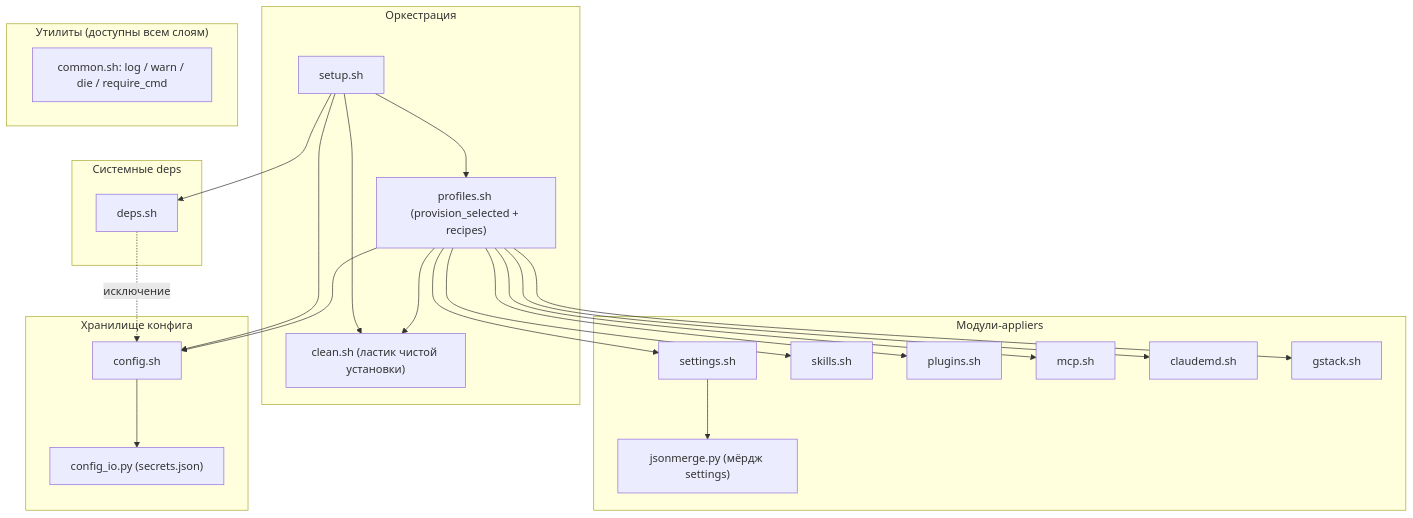
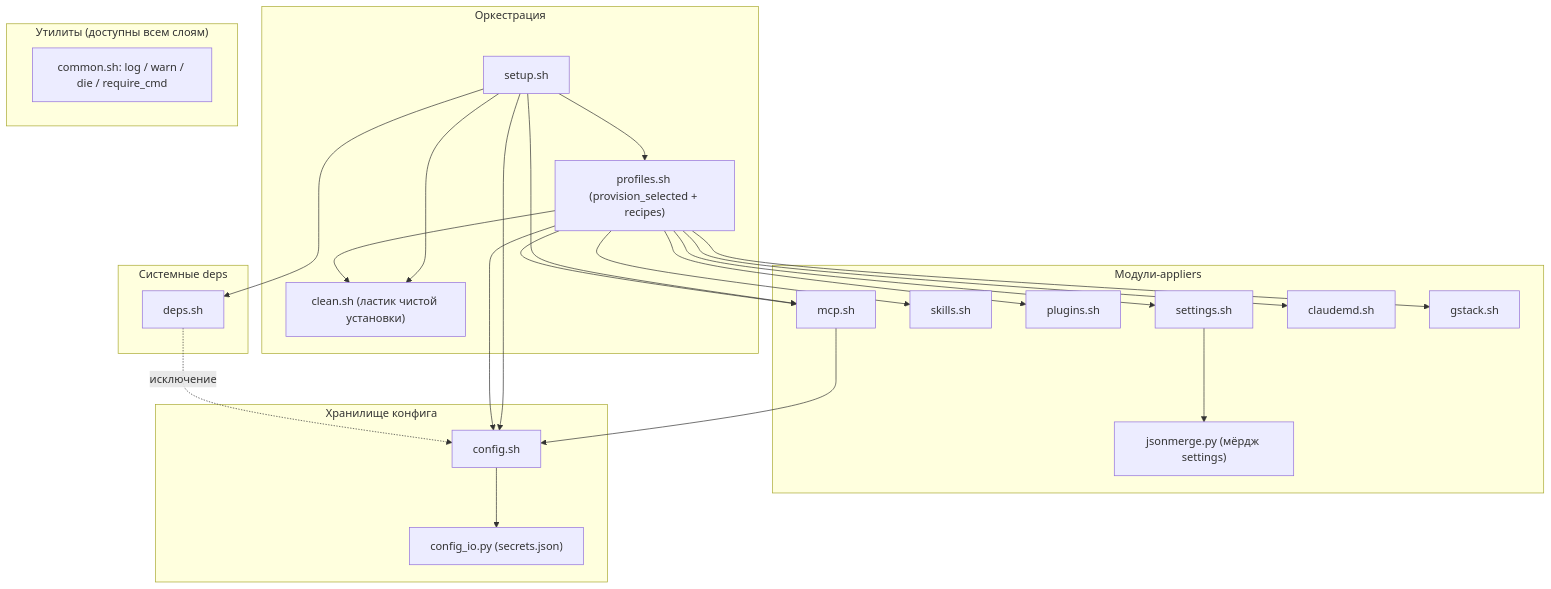
The first of 4 diagrams in docs/architecture.md (stpntkhnv/claudefiles), drawn with Mermaid before and after one commit. The commit also changed other lines of this file and 3 other files, not shown here.

````diff
--- a/docs/architecture.md
+++ b/docs/architecture.md
@@ -9,39 +9,41 @@
 ```mermaid
 flowchart TD
   subgraph orch["Оркестрация"]
     setup["setup.sh"]
     prof["profiles.sh (provision_selected + recipes)"]
     cleanm["clean.sh (ластик чистой установки)"]
   end
   subgraph sysdeps["Системные deps"]
     deps["deps.sh"]
   end
   subgraph appliers["Модули-appliers"]
     settings["settings.sh"]
     jsonmerge["jsonmerge.py (мёрдж settings)"]
     skills["skills.sh"]
     plugins["plugins.sh"]
     mcp["mcp.sh"]
     claudemd["claudemd.sh"]
     gstack["gstack.sh"]
   end
   subgraph cfg["Хранилище конфига"]
     config["config.sh"]
     configio["config_io.py (secrets.json)"]
   end
   subgraph util["Утилиты (доступны всем слоям)"]
     common["common.sh: log / warn / die / require_cmd"]
   end
 
   setup --> prof
   setup --> deps
   setup --> config
   setup --> cleanm
+  setup --> mcp
   prof --> settings & skills & plugins & mcp & claudemd
   prof --> gstack
   prof --> cleanm
   settings --> jsonmerge
   prof --> config
+  mcp --> config
   config --> configio
   deps -.->|исключение| config
 ```
````
